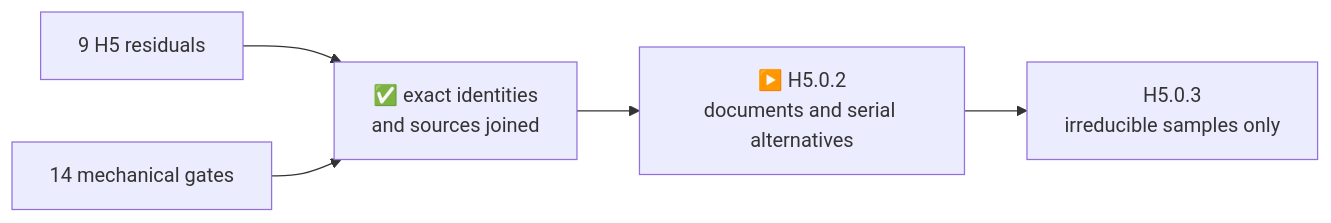
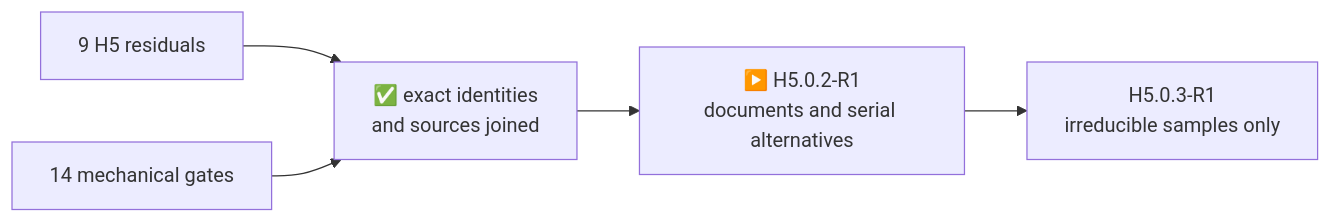
The diagram in docs/component-evidence-map.md (anton-vinogradov/esp32-leshy2), drawn with Mermaid before and after one commit. The commit also changed other lines of this file and 50 other files, not shown here.

````diff
--- a/docs/component-evidence-map.md
+++ b/docs/component-evidence-map.md
@@ -7,7 +7,7 @@
 ```mermaid
 flowchart LR
   R["9 H5 residuals"] --> M["✅ exact identities<br/>and sources joined"]
   G["14 mechanical gates"] --> M
-  M --> S["▶️ H5.0.2<br/>documents and serial alternatives"]
-  S --> P["H5.0.3<br/>irreducible samples only"]
+  M --> S["▶️ H5.0.2-R1<br/>documents and serial alternatives"]
+  S --> P["H5.0.3-R1<br/>irreducible samples only"]
 ```
````
